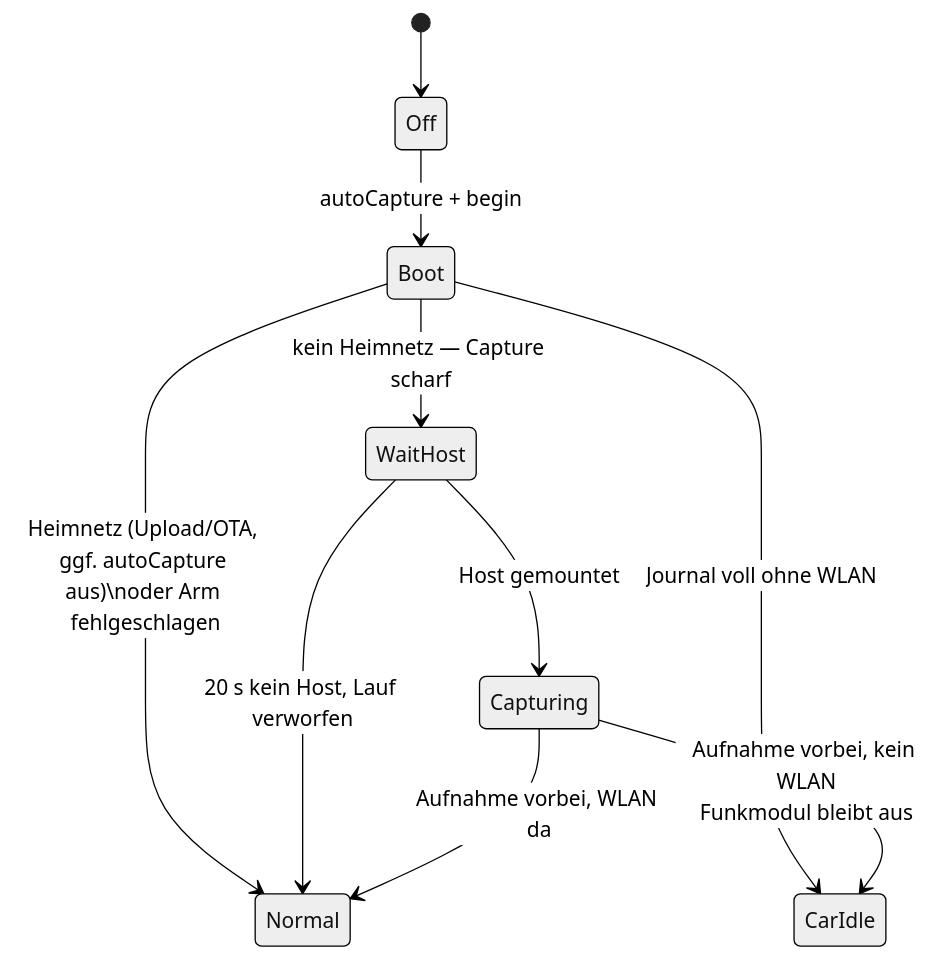
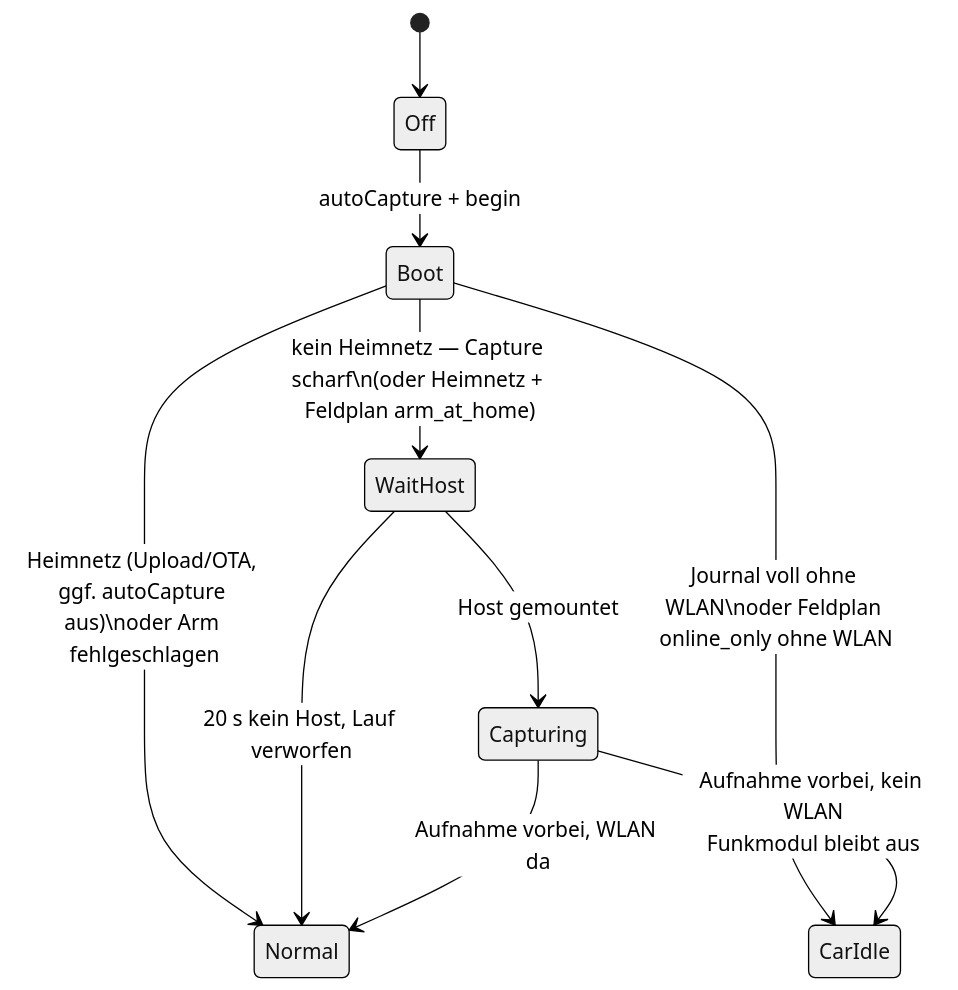
One commit to MPunktBPunkt/hu-probe changed the sixth of 9 diagrams in docs/FIRMWARE-ABLAUF.md. Above: the diagram before and after it, drawn with Mermaid (neutral theme). The commit also changed other lines of this file and 33 other files, not shown here.

````diff
--- a/docs/FIRMWARE-ABLAUF.md
+++ b/docs/FIRMWARE-ABLAUF.md
@@ -150,12 +150,12 @@
 ```mermaid
 stateDiagram-v2
     [*] --> Off
     Off --> Boot: autoCapture + begin
-    Boot --> WaitHost: kein Heimnetz — Capture scharf
+    Boot --> WaitHost: kein Heimnetz — Capture scharf\n(oder Heimnetz + Feldplan arm_at_home)
     Boot --> Normal: Heimnetz (Upload/OTA, ggf. autoCapture aus)\noder Arm fehlgeschlagen
-    Boot --> CarIdle: Journal voll ohne WLAN
+    Boot --> CarIdle: Journal voll ohne WLAN\noder Feldplan online_only ohne WLAN
     WaitHost --> Capturing: Host gemountet
     WaitHost --> Normal: 20 s kein Host, Lauf verworfen
     Capturing --> Normal: Aufnahme vorbei, WLAN da
     Capturing --> CarIdle: Aufnahme vorbei, kein WLAN<br/>Funkmodul bleibt aus
 ```
````
